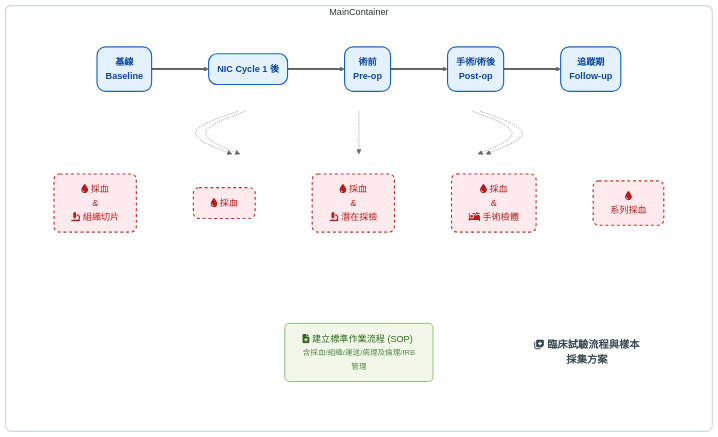
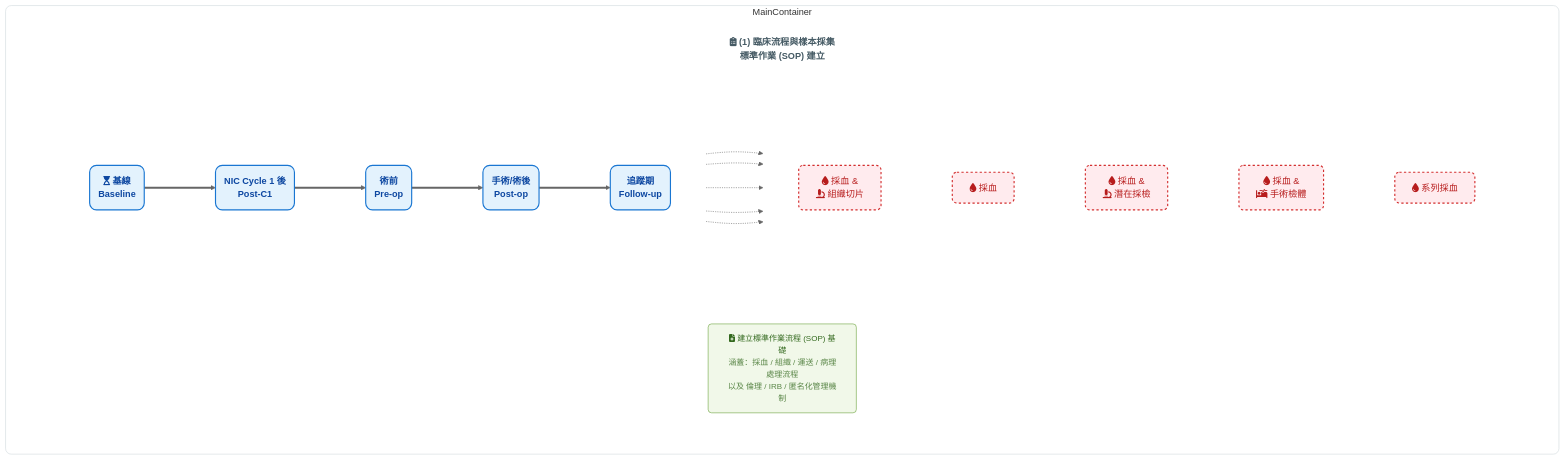
Before and after one commit to lionsmanic/pic: the diagram in README2.md, drawn with Mermaid (neutral theme).

````diff
--- a/README2.md
+++ b/README2.md
@@ -1,69 +1,87 @@
 ```mermaid
 graph LR
-    %% --- 定義樣式 ---
-    %% timeline: 更清爽的藍色，更大的圓角
-    classDef timeline fill:#e3f2fd,stroke:#1565c0,stroke-width:2px,color:#0d47a1,font-weight:bold,rx:15,ry:15;
-    %% sampling: 代表生物樣本的淡紅色，紅色虛線邊框
-    classDef sampling fill:#ffebee,stroke:#c62828,stroke-width:2px,stroke-dasharray: 5 5,rx:10,ry:10,color:#b71c1c;
-    %% sop: 代表基礎建設與文件的淡綠色
-    classDef sop fill:#f1f8e9,stroke:#558b2f,stroke-width:1px,rx:8,ry:8,color:#33691e;
-    %% container: 乾淨的白色背景，細緻的灰色邊框
-    classDef container fill:#ffffff,stroke:#cfd8dc,stroke-width:2px,rx:10,ry:10;
-    %% titleBox: 純文字標題樣式
-    classDef titleBox fill:none,stroke:none,color:#37474f,font-size:18px,font-weight:bold;
+    %% =====================================================================================
+    %% --- BioRender 風格樣式定義 ---
+    %% =====================================================================================
+    
+    %% timeline: 時間軸節點 - 清透的科學藍，大圓角，粗邊框強調
+    classDef timeline fill:#e3f2fd,stroke:#1976d2,stroke-width:2px,color:#0d47a1,font-weight:bold,rx:12,ry:12;
+    
+    %% sampling: 採樣動作節點 - 代表生物樣本的淡紅/粉色，紅色虛線邊框強調操作性質
+    classDef sampling fill:#ffebee,stroke:#d32f2f,stroke-width:2px,stroke-dasharray: 4 4,rx:8,ry:8,color:#b71c1c;
+    
+    %% sop: 基礎文件節點 - 代表規範與基礎建設的淡綠色
+    classDef sop fill:#f1f8e9,stroke:#689f38,stroke-width:1px,rx:6,ry:6,color:#33691e,font-size:14px;
+    
+    %% container: 最外層容器 - 乾淨的白色背景，細緻的灰色邊框
+    classDef container fill:#ffffff,stroke:#cfd8dc,stroke-width:1px,rx:10,ry:10;
+    
+    %% titleBox: 標題樣式 - 純文字，無邊框背景
+    classDef titleBox fill:none,stroke:none,color:#455a64,font-size:16px,font-weight:bold;
 
-    %% --- 主容器 ---
+    %% =====================================================================================
+    %% --- 主圖表內容 ---
+    %% =====================================================================================
     subgraph MainContainer
         direction TB
         
-        %% 標題 (帶圖標)
-        Title["fa:fa-notes-medical 臨床試驗流程與樣本採集方案"]:::titleBox
-        
-        %% --- 時間軸容器 (水平排列) ---
-        subgraph TimelineFlow [ ]
+        %% --- 1. 總標題 ---
+        Title["fa:fa-clipboard-list (1) 臨床流程與樣本採集標準作業 (SOP) 建立"]:::titleBox
+
+        %% --- 2. 核心流程區域 (包含時間軸與採樣) ---
+        subgraph ProcessArea [ ]
             direction LR
-            %% 使用較粗的箭頭 (==>) 強調主要時間進程
-            T1("基線<br/>Baseline"):::timeline ==> T2("NIC Cycle 1 後"):::timeline ==> T3("術前<br/>Pre-op"):::timeline ==> T4("手術/術後<br/>Post-op"):::timeline ==> T5("追蹤期<br/>Follow-up"):::timeline
+            
+            %% --- 2.1 時間軸層 (水平排列) ---
+            subgraph TimelineLayer [ ]
+                direction LR
+                %% 使用粗箭頭 (==>) 強調主要時間進程
+                T1("fa:fa-hourglass-start 基線<br/>Baseline"):::timeline ==> T2("NIC Cycle 1 後<br/>Post-C1"):::timeline ==> T3("術前<br/>Pre-op"):::timeline ==> T4("手術/術後<br/>Post-op"):::timeline ==> T5("追蹤期<br/>Follow-up"):::timeline
+            end
+
+            %% --- 2.2 採樣動作層 (水平排列於時間軸下方) ---
+            subgraph SamplingLayer [ ]
+                direction LR
+                %% 加入對應的生醫圖示：血液(tint), 顯微鏡(microscope), 手術(procedures)
+                S1["fa:fa-tint 採血 &<br/>fa:fa-microscope 組織切片"]:::sampling
+                S2["fa:fa-tint 採血"]:::sampling
+                S3["fa:fa-tint 採血 &<br/>fa:fa-microscope 潛在採檢"]:::sampling
+                S4["fa:fa-tint 採血 &<br/>fa:fa-procedures 手術檢體"]:::sampling
+                S5["fa:fa-tint 系列採血"]:::sampling
+                
+                %% 使用隱藏連接 (~~~) 確保它們水平排列且間距適當
+                S1 ~~~ S2 ~~~ S3 ~~~ S4 ~~~ S5
+            end
+
+            %% --- 連接：將時間點與下方的採樣動作關聯 ---
+            %% 使用點狀箭頭 (-.->) 表示垂直的關聯性
+            T1 -.-> S1
+            T2 -.-> S2
+            T3 -.-> S3
+            T4 -.-> S4
+            T5 -.-> S5
         end
 
-        %% --- 採樣動作容器 (水平排列於下方) ---
-        subgraph SamplingActions [ ]
-             direction LR
-             %% --- 採樣動作 (帶圖標：血液 fa-tint, 顯微鏡 fa-microscope, 手術 fa-procedures) ---
-             S1["fa:fa-tint 採血<br/>&<br/>fa:fa-microscope 組織切片"]:::sampling
-             S2["fa:fa-tint 採血"]:::sampling
-             S3["fa:fa-tint 採血<br/>&<br/>fa:fa-microscope 潛在採檢"]:::sampling
-             S4["fa:fa-tint 採血<br/>&<br/>fa:fa-procedures 手術檢體"]:::sampling
-             S5["fa:fa-tint<br/>系列採血"]:::sampling
-             
-             %% 使用隱藏連接 (~~~) 保持它們在水平方向上的相對位置
-             S1 ~~~ S2 ~~~ S3 ~~~ S4 ~~~ S5
-        end
-
-        %% --- 將時間點與對應的採樣動作連接 ---
-        %% 使用點狀箭頭 (-.->) 表示關聯性
-        T1 -.-> S1
-        T2 -.-> S2
-        T3 -.-> S3
-        T4 -.-> S4
-        T5 -.-> S5
-
-        %% --- SOP 基礎建設 (放置於底部) ---
-        subgraph SOP_Section [ ]
-            direction TB
-            %% --- SOP 文件 (帶圖標：醫療文件 fa-file-medical) ---
-            SOP_Docs["fa:fa-file-medical 建立標準作業流程 (SOP) <br/><span style='font-size:smaller; opacity:0.8;'>含採血/組織/運送/病理及倫理/IRB管理</span>"]:::sop
+        %% --- 3. 底部基礎建設層 (SOP) ---
+        subgraph BottomLayer [ ]
+            direction LR
+             %% 加入文件圖示 (file-medical)
+            SOP_Docs["fa:fa-file-medical 建立標準作業流程 (SOP) 基礎<br/><span style='font-size:smaller; opacity:0.8;'>涵蓋：採血 / 組織 / 運送 / 病理處理流程<br/>以及 倫理 / IRB / 匿名化管理機制</span>"]:::sop
         end
         
-        %% 利用隱藏連接調整 SOP 區塊與上方區塊的間距
-        SamplingActions ~~~ SOP_Section
+        %% --- 版面微調 ---
+        %% 使用隱藏連接來調整各區塊間的垂直距離
+        Title ~~~ ProcessArea
+        SamplingLayer ~~~ BottomLayer
 
     end
 
-    %% 應用樣式
+    %% =====================================================================================
+    %% --- 應用樣式並隱藏內部輔助結構 ---
+    %% =====================================================================================
     class MainContainer container
-    %% 隱藏內部排版用子圖的邊框與背景
-    style TimelineFlow fill:none,stroke:none
-    style SamplingActions fill:none,stroke:none
-    style SOP_Section fill:none,stroke:none
+    style ProcessArea fill:none,stroke:none
+    style TimelineLayer fill:none,stroke:none
+    style SamplingLayer fill:none,stroke:none
+    style BottomLayer fill:none,stroke:none
 ```
````
